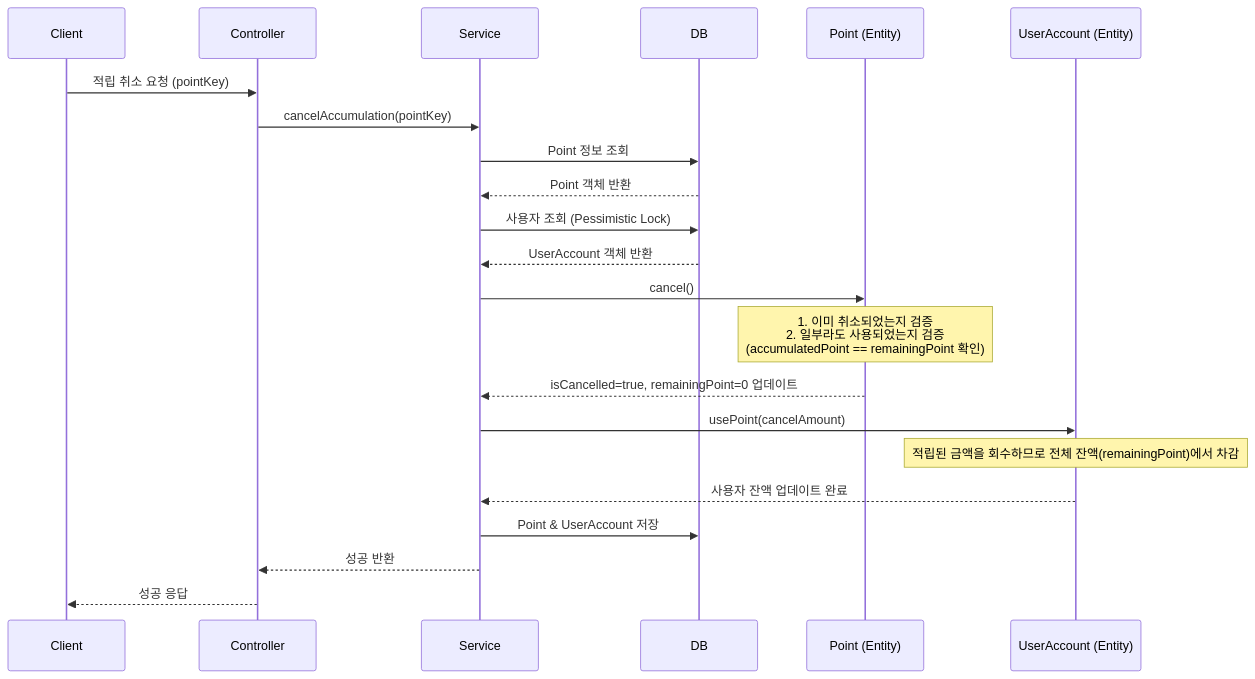
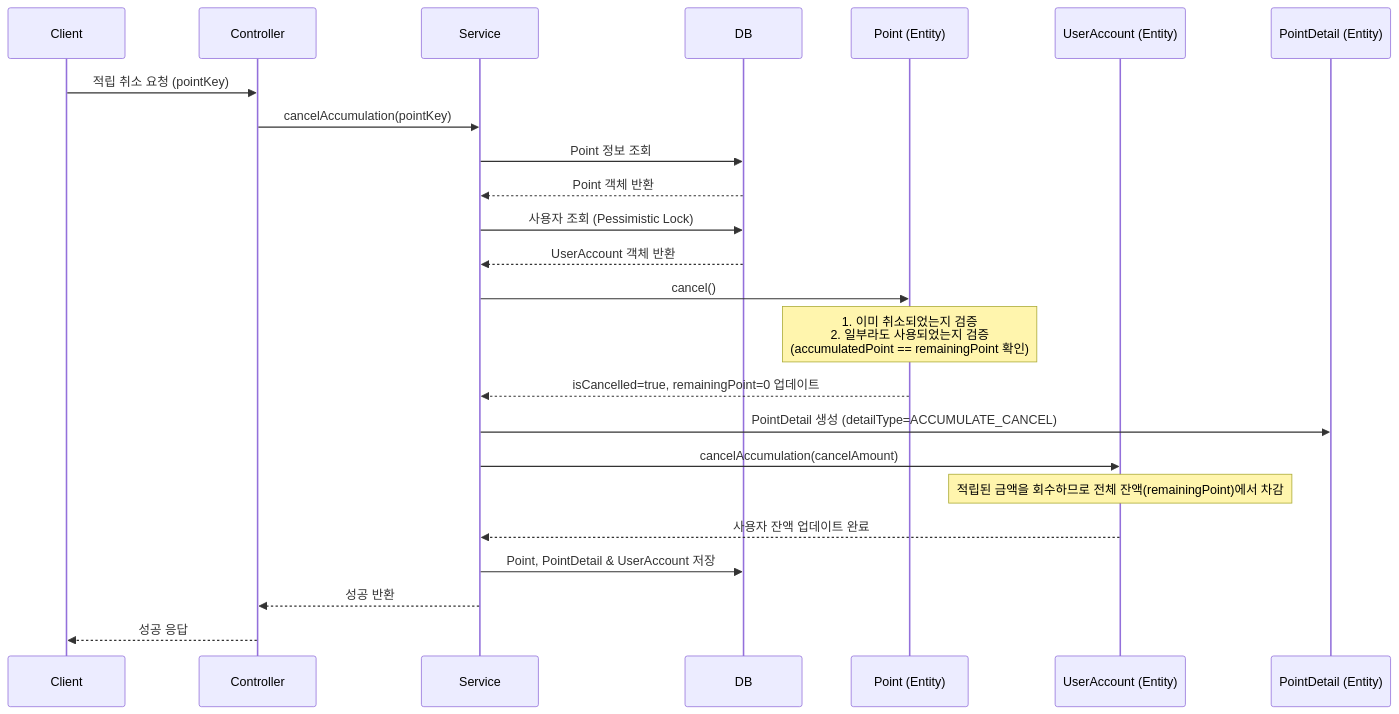
One commit to muzzaiwork/point changed the diagram in docs/api/적립 취소.md. Above: the diagram before and after it, drawn with Mermaid. The commit also changed 25 other files, not shown here.

````diff
--- a/docs/api/적립 취소.md
+++ b/docs/api/적립 취소.md
@@ -52,29 +52,32 @@
 ```mermaid
 sequenceDiagram
     participant Client
     participant Controller
     participant Service
     participant DB
     participant PointEntity as Point (Entity)
     participant UserAccountEntity as UserAccount (Entity)
+    participant DetailEntity as PointDetail (Entity)
 
     Client->>Controller: 적립 취소 요청 (pointKey)
     Controller->>Service: cancelAccumulation(pointKey)
     Service->>DB: Point 정보 조회
     DB-->>Service: Point 객체 반환
     
     Service->>DB: 사용자 조회 (Pessimistic Lock)
     DB-->>Service: UserAccount 객체 반환
     
     Service->>PointEntity: cancel()
     Note over PointEntity: 1. 이미 취소되었는지 검증<br/>2. 일부라도 사용되었는지 검증<br/>(accumulatedPoint == remainingPoint 확인)
     PointEntity-->>Service: isCancelled=true, remainingPoint=0 업데이트
+
+    Service->>DetailEntity: PointDetail 생성 (detailType=ACCUMULATE_CANCEL)
     
-    Service->>UserAccountEntity: usePoint(cancelAmount)
+    Service->>UserAccountEntity: cancelAccumulation(cancelAmount)
     Note over UserAccountEntity: 적립된 금액을 회수하므로 전체 잔액(remainingPoint)에서 차감
     UserAccountEntity-->>Service: 사용자 잔액 업데이트 완료
     
-    Service->>DB: Point & UserAccount 저장
+    Service->>DB: Point, PointDetail & UserAccount 저장
     Service-->>Controller: 성공 반환
     Controller-->>Client: 성공 응답
 ```
````
